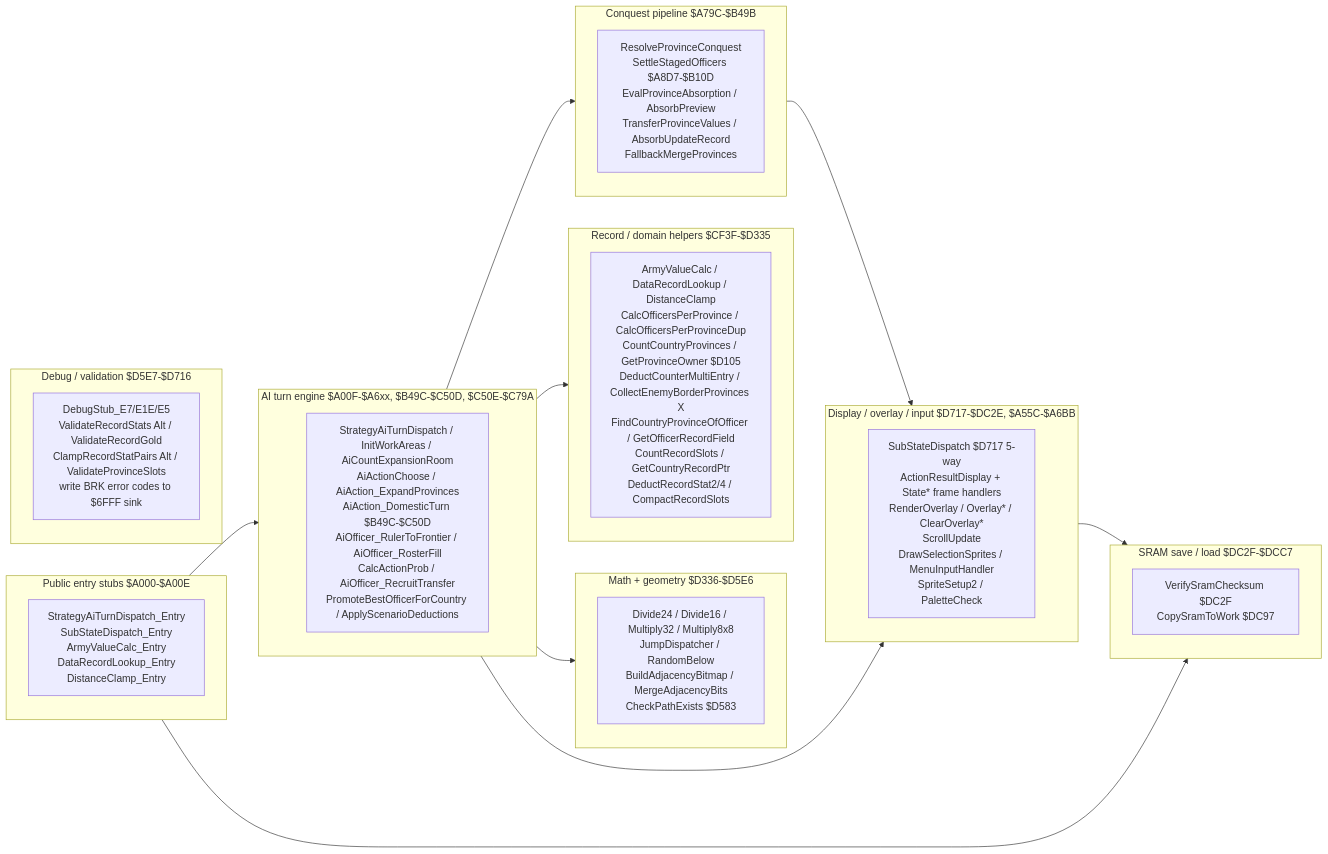
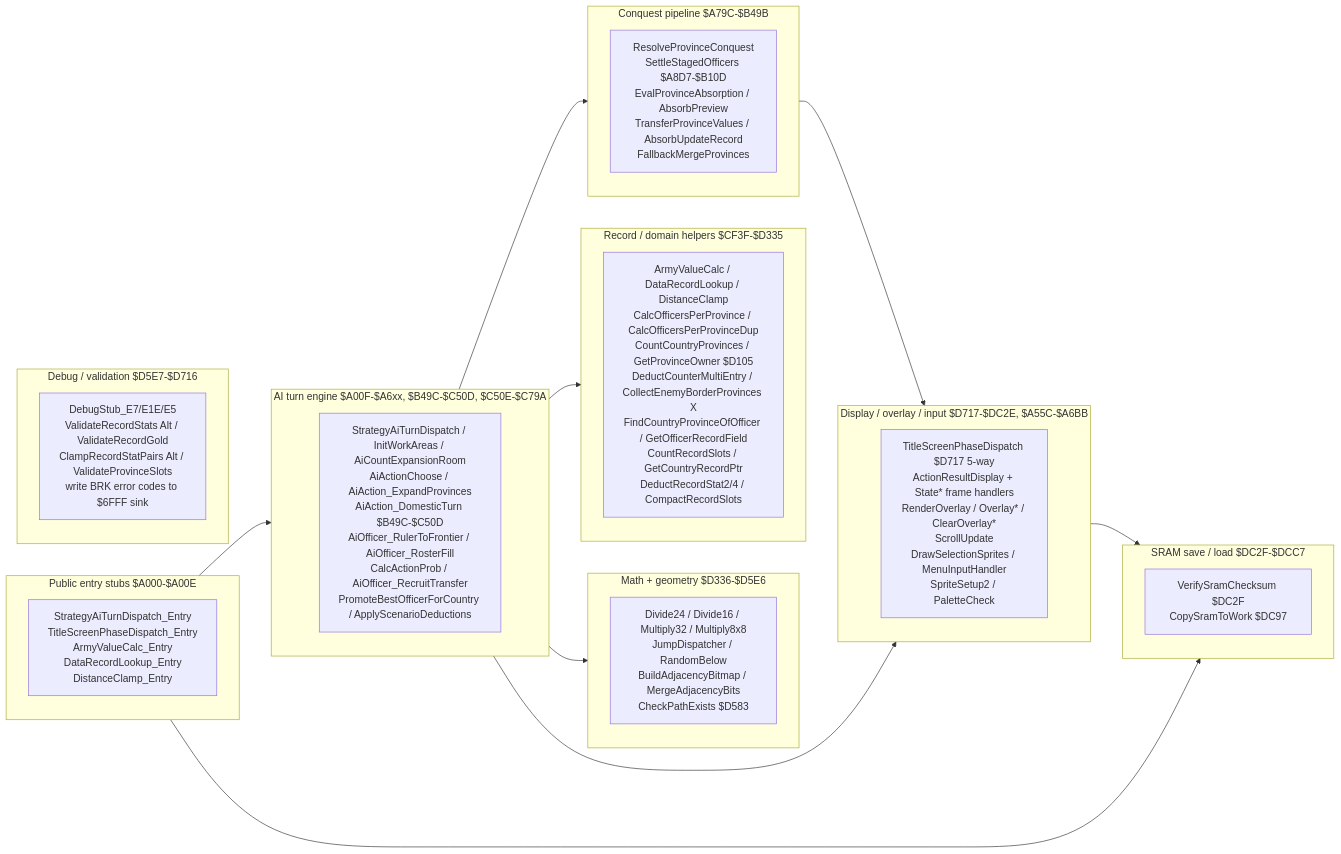
The fourth of 4 diagrams in code/strategy_ai_decision_tree.md (rabbyzero/sango2dasm), drawn with Mermaid before and after one commit. The commit also changed other lines of this file and 39 other files, not shown here.

````diff
--- a/code/strategy_ai_decision_tree.md
+++ b/code/strategy_ai_decision_tree.md
@@ -269,43 +269,43 @@
 ```mermaid
 flowchart LR
     subgraph PUB["Public entry stubs $A000-$A00E"]
         direction TB
-        P1["StrategyAiTurnDispatch_Entry<br/>SubStateDispatch_Entry<br/>ArmyValueCalc_Entry<br/>DataRecordLookup_Entry<br/>DistanceClamp_Entry"]
+        P1["StrategyAiTurnDispatch_Entry<br/>TitleScreenPhaseDispatch_Entry<br/>ArmyValueCalc_Entry<br/>DataRecordLookup_Entry<br/>DistanceClamp_Entry"]
     end
     subgraph AI["AI turn engine $A00F-$A6xx, $B49C-$C50D, $C50E-$C79A"]
         direction TB
         A1["StrategyAiTurnDispatch / InitWorkAreas / AiCountExpansionRoom<br/>AiActionChoose / AiAction_ExpandProvinces<br/>AiAction_DomesticTurn $B49C-$C50D<br/>AiOfficer_RulerToFrontier / AiOfficer_RosterFill<br/>CalcActionProb / AiOfficer_RecruitTransfer<br/>PromoteBestOfficerForCountry / ApplyScenarioDeductions"]
     end
     subgraph ABS["Conquest pipeline $A79C-$B49B"]
         direction TB
         B1["ResolveProvinceConquest<br/>SettleStagedOfficers $A8D7-$B10D<br/>EvalProvinceAbsorption / AbsorbPreview<br/>TransferProvinceValues / AbsorbUpdateRecord<br/>FallbackMergeProvinces"]
     end
     subgraph DOM["Record / domain helpers $CF3F-$D335"]
         direction TB
         C1["ArmyValueCalc / DataRecordLookup / DistanceClamp<br/>CalcOfficersPerProvince / CalcOfficersPerProvinceDup<br/>CountCountryProvinces / GetProvinceOwner $D105<br/>DeductCounterMultiEntry / CollectEnemyBorderProvinces X<br/>FindCountryProvinceOfOfficer / GetOfficerRecordField<br/>CountRecordSlots / GetCountryRecordPtr<br/>DeductRecordStat2/4 / CompactRecordSlots"]
     end
     subgraph MATH["Math + geometry $D336-$D5E6"]
         direction TB
         D1["Divide24 / Divide16 / Multiply32 / Multiply8x8<br/>JumpDispatcher / RandomBelow<br/>BuildAdjacencyBitmap / MergeAdjacencyBits<br/>CheckPathExists $D583"]
     end
     subgraph DBG["Debug / validation $D5E7-$D716"]
         direction TB
         E1["DebugStub_E7/E1E/E5<br/>ValidateRecordStats Alt / ValidateRecordGold<br/>ClampRecordStatPairs Alt / ValidateProvinceSlots<br/>write BRK error codes to $6FFF sink"]
     end
     subgraph UI["Display / overlay / input $D717-$DC2E, $A55C-$A6BB"]
         direction TB
-        F1["SubStateDispatch $D717 5-way<br/>ActionResultDisplay + State* frame handlers<br/>RenderOverlay / Overlay* / ClearOverlay*<br/>ScrollUpdate<br/>DrawSelectionSprites / MenuInputHandler<br/>SpriteSetup2 / PaletteCheck"]
+        F1["TitleScreenPhaseDispatch $D717 5-way<br/>ActionResultDisplay + State* frame handlers<br/>RenderOverlay / Overlay* / ClearOverlay*<br/>ScrollUpdate<br/>DrawSelectionSprites / MenuInputHandler<br/>SpriteSetup2 / PaletteCheck"]
     end
     subgraph SRAM["SRAM save / load $DC2F-$DCC7"]
         direction TB
         G1["VerifySramChecksum $DC2F<br/>CopySramToWork $DC97"]
     end
     PUB --> AI
     AI --> ABS
     AI --> DOM
     AI --> MATH
     AI --> UI
     ABS --> UI
     PUB --> SRAM
     UI --> SRAM
 ```
````
